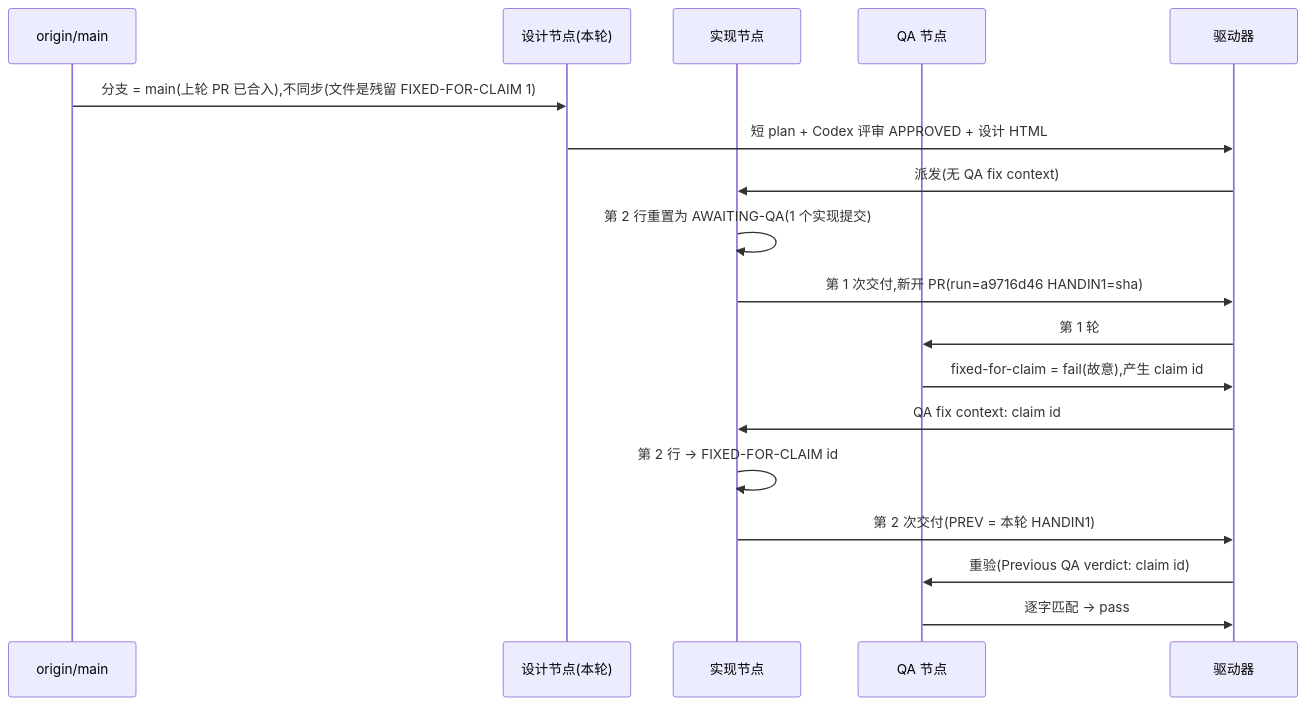
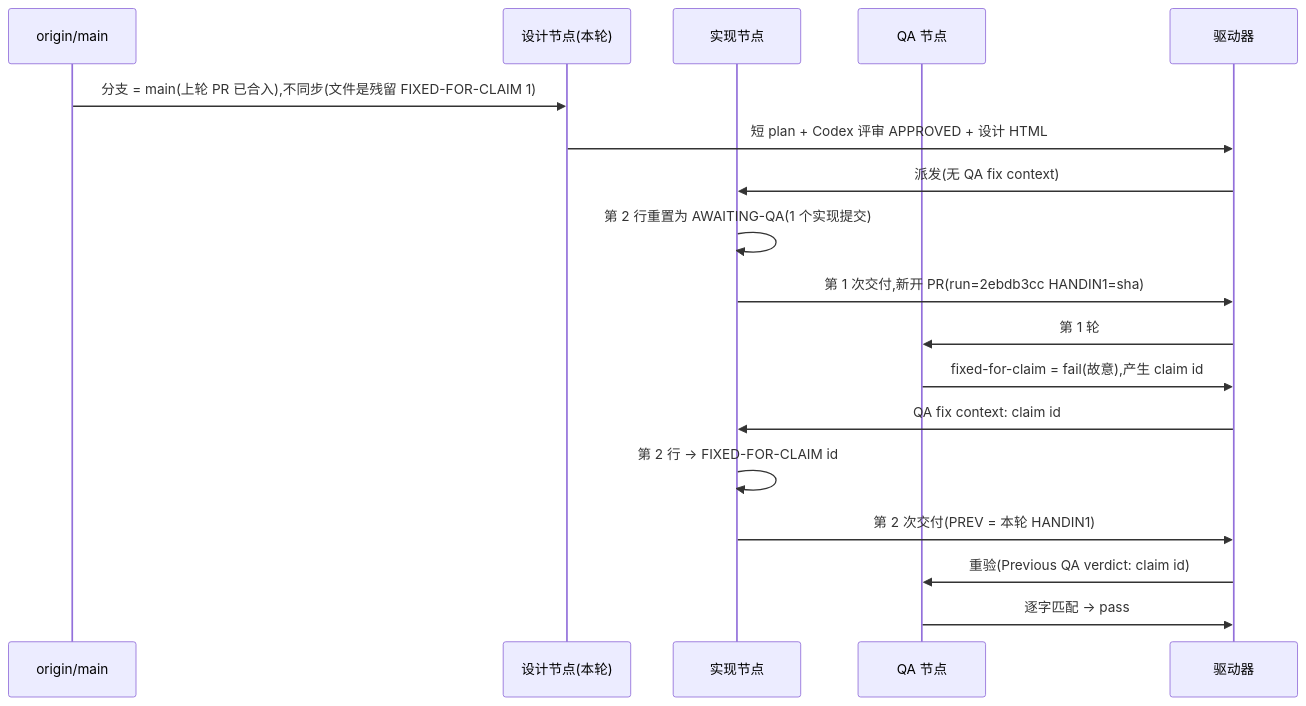
One commit to xrliAnnie/flywheel-qa-sandbox changed the diagram in engineering/doc/FLY-3150-real-runner-drill/d1-core-flow.mmd. Above: the diagram before and after it, drawn with Mermaid. The commit also changed 5 other files, not shown here.

First line of the commit message:
FLY-3150 QA-SBX FLY-2167 real-runner drill (run 2ebdb3cc) (#627)

```diff
--- a/engineering/doc/FLY-3150-real-runner-drill/d1-core-flow.mmd
+++ b/engineering/doc/FLY-3150-real-runner-drill/d1-core-flow.mmd
@@ -1,18 +1,18 @@
 sequenceDiagram
     participant M as origin/main
     participant S as 设计节点(本轮)
     participant I as 实现节点
     participant Q as QA 节点
     participant D as 驱动器
     M->>S: 分支 = main(上轮 PR 已合入),不同步(文件是残留 FIXED-FOR-CLAIM 1)
     S->>D: 短 plan + Codex 评审 APPROVED + 设计 HTML
     D->>I: 派发(无 QA fix context)
     I->>I: 第 2 行重置为 AWAITING-QA(1 个实现提交)
-    I->>D: 第 1 次交付,新开 PR(run=a9716d46 HANDIN1=sha)
+    I->>D: 第 1 次交付,新开 PR(run=2ebdb3cc HANDIN1=sha)
     D->>Q: 第 1 轮
     Q->>D: fixed-for-claim = fail(故意),产生 claim id
     D->>I: QA fix context: claim id
     I->>I: 第 2 行 → FIXED-FOR-CLAIM id
     I->>D: 第 2 次交付(PREV = 本轮 HANDIN1)
     D->>Q: 重验(Previous QA verdict: claim id)
     Q->>D: 逐字匹配 → pass
```
